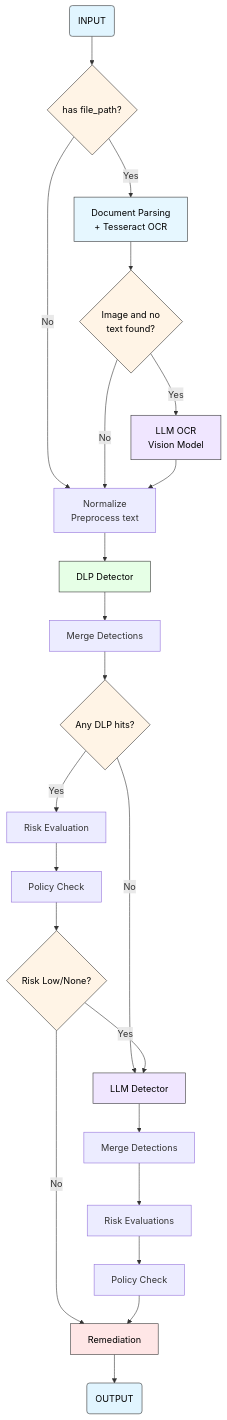
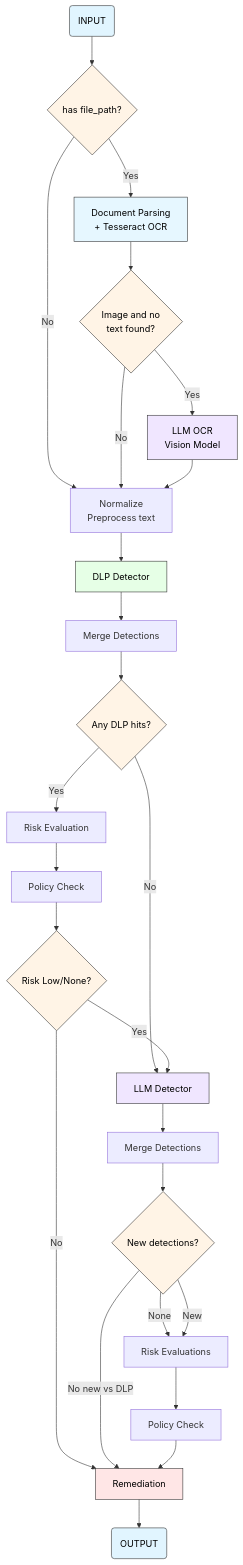
One commit to xHugo21/sensitive-data-detector changed the diagram in multiagent-firewall/README.md. Above: the diagram before and after it, drawn with Mermaid. The commit also changed 2 other files, not shown here.

Commit message:
feat: add more conditionals to improve efficiency

````diff
--- a/multiagent-firewall/README.md
+++ b/multiagent-firewall/README.md
@@ -9,46 +9,51 @@
 ```mermaid
 flowchart TD
     Start(INPUT) --> HasFile{has file_path?}
     
     HasFile -->|Yes| Document[Document Parsing<br/>+ Tesseract OCR]
     HasFile -->|No| Normalize[Normalize<br/>Preprocess text]
     
     Document --> NeedsLLMOCR{Image and no<br/>text found?}
     NeedsLLMOCR -->|Yes| LLMOCR[LLM OCR<br/>Vision Model]
     NeedsLLMOCR -->|No| Normalize
     
     LLMOCR --> Normalize
     Normalize --> DLP[DLP Detector]
     
     DLP --> MergeDLP[Merge Detections]
     MergeDLP --> HasDLP{Any DLP hits?}
     HasDLP -->|Yes| RiskDLP[Risk Evaluation]
     HasDLP -->|No| LLM[LLM Detector]
+    
     RiskDLP --> PolicyDLP[Policy Check]
     
     PolicyDLP --> LowRisk{Risk Low/None?}
     
     LowRisk -->|Yes| LLM
     LowRisk -->|No| Remediation[Remediation]
     
     LLM --> MergeFinal[Merge Detections]
-    MergeFinal --> RiskFinal[Risk Evaluations]
+    MergeFinal --> FinalRoute{New detections?}
+    FinalRoute -->|None| RiskFinal[Risk Evaluations]
+    FinalRoute -->|No new vs DLP| Remediation
+    FinalRoute -->|New| RiskFinal
     RiskFinal --> PolicyFinal[Policy Check]
     
     PolicyFinal --> Remediation
     
     Remediation --> End(OUTPUT)
     
     style Start fill:#e1f5ff,stroke:#333,color:#000
     style End fill:#e1f5ff,stroke:#333,color:#000
     style HasFile fill:#fff4e6,stroke:#333,color:#000
     style NeedsLLMOCR fill:#fff4e6,stroke:#333,color:#000
     style HasDLP fill:#fff4e6,stroke:#333,color:#000
+    style FinalRoute fill:#fff4e6,stroke:#333,color:#000
     style LowRisk fill:#fff4e6,stroke:#333,color:#000
     style Document fill:#e6f7ff,stroke:#333,color:#000
     style LLMOCR fill:#f0e6ff,stroke:#333,color:#000
     style LLM fill:#f0e6ff,stroke:#333,color:#000
     style DLP fill:#e6ffe6,stroke:#333,color:#000
     style Remediation fill:#ffe6e6,stroke:#333,color:#000
 
 ```
````
